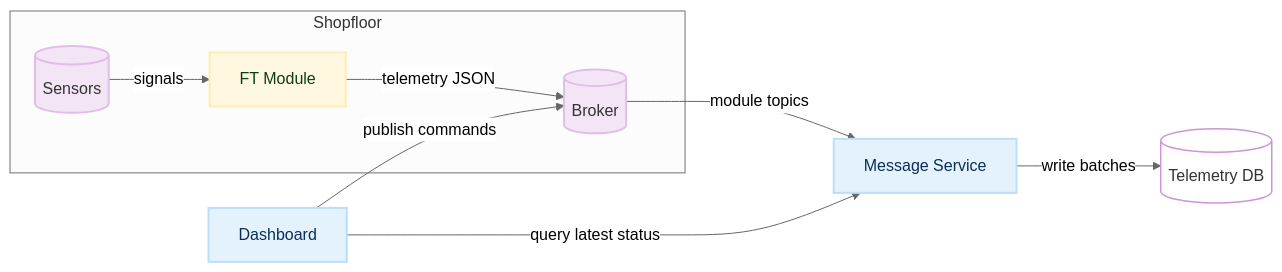
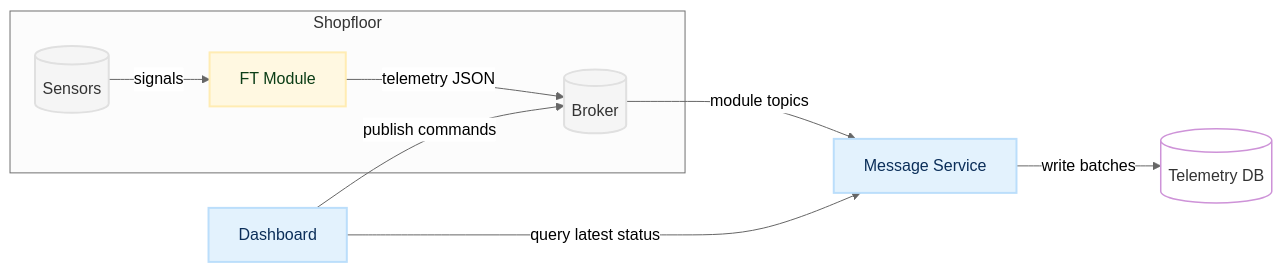
The fifth of 5 diagrams in docs/04-howto/diagrams/mermaid-style-guide.md (OliverBerger-ORBIS/ORBIS-Modellfabrik), drawn with Mermaid before and after one commit. The commit also changed other lines of this file and 14 other files, not shown here.

First line of the commit message:
feat: update Mermaid color palette and clean up validation rules

````diff
--- a/docs/04-howto/diagrams/mermaid-style-guide.md
+++ b/docs/04-howto/diagrams/mermaid-style-guide.md
@@ -166,24 +166,24 @@
 ```mermaid
 %%{init: {'theme':'neutral'}}%%
 flowchart LR
 classDef orbis fill:#e3f2fd,stroke:#bbdefb,stroke-width:2px,color:#0b2e59;
 classDef fthardware fill:#fff8e1,stroke:#ffecb3,stroke-width:2px,color:#0b3d16;
-classDef external fill:#f3e5f5,stroke:#e1bee7,stroke-width:2px,color:#333;
+classDef external fill:#f5f5f5,stroke:#e0e0e0,stroke-width:2px,color:#333;
 classDef datastore fill:#fff,stroke:#ce93d8,stroke-width:1.5px,color:#333;
 
 subgraph Plant[Shopfloor]
   S[(Sensors)]:::external
   PLC[FT Module]:::fthardware
   MQTT[(Broker)]:::external
 end
 OMS[Message Service]:::orbis
 DWH[(Telemetry DB)]:::datastore
 UI[Dashboard]:::orbis
 
 S -->|signals| PLC
 PLC -->|telemetry JSON| MQTT
 MQTT -->|module topics| OMS
 OMS -->|write batches| DWH
 UI -->|query latest status| OMS
 UI -->|publish commands| MQTT
 ```
````
